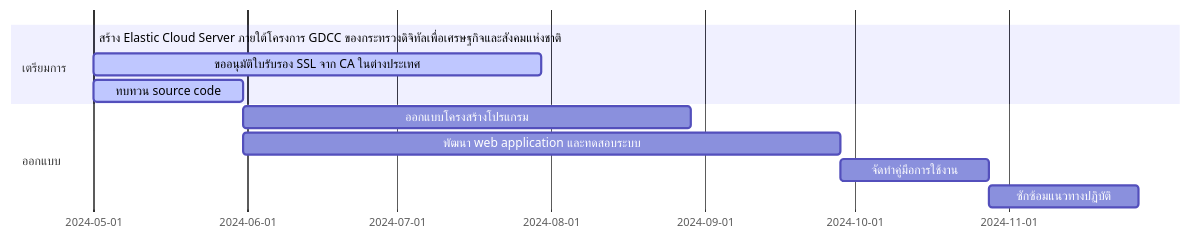
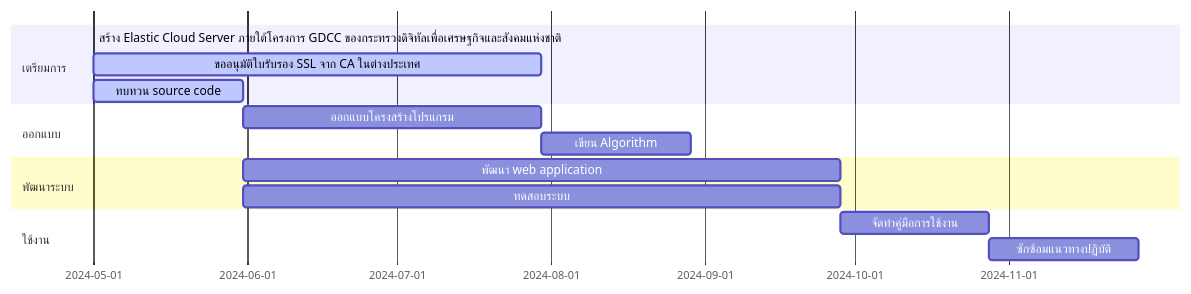
Before and after one commit to Kietpawpan/e-tracking: the first of 2 diagrams in README.md, drawn with Mermaid.

````diff
--- a/README.md
+++ b/README.md
@@ -10,14 +10,18 @@
 ```mermaid
 gantt
     section เตรียมการ
     สร้าง Elastic Cloud Server ภายใต้โครงการ GDCC ของกระทรวงดิจิทัลเพื่อเศรษฐกิจและสังคมแห่งชาติ :done,    des1, 2024-05-01,2024-05-30
     ขออนุมัติใบรับรอง SSL จาก CA ในต่างประเทศ        :active, des2, after des1, 90d
     ทบทวน source code  :   active, des3, after des1, 30d
     section ออกแบบ
-    ออกแบบโครงสร้างโปรแกรม  :         des4, after des3, 90d
-    พัฒนา web application และทดสอบระบบ   :         des7, after des3, 120d
+    ออกแบบโครงสร้างโปรแกรม  :         des4, after des3, 60d
+    เขียน Algorithm:   des4a, after des4, 30d
+    section พัฒนาระบบ
+    พัฒนา web application  :         des7, after des3, 120d
+    ทดสอบระบบ:des7a, after des3, 120d
+   section ใช้งาน
     จัดทำคู่มือการใช้งาน   :         des8, after des7, 30d
     ซักซ้อมแนวทางปฏิบัติ   :         des9, after des8, 30d
 
 
 ```
````
